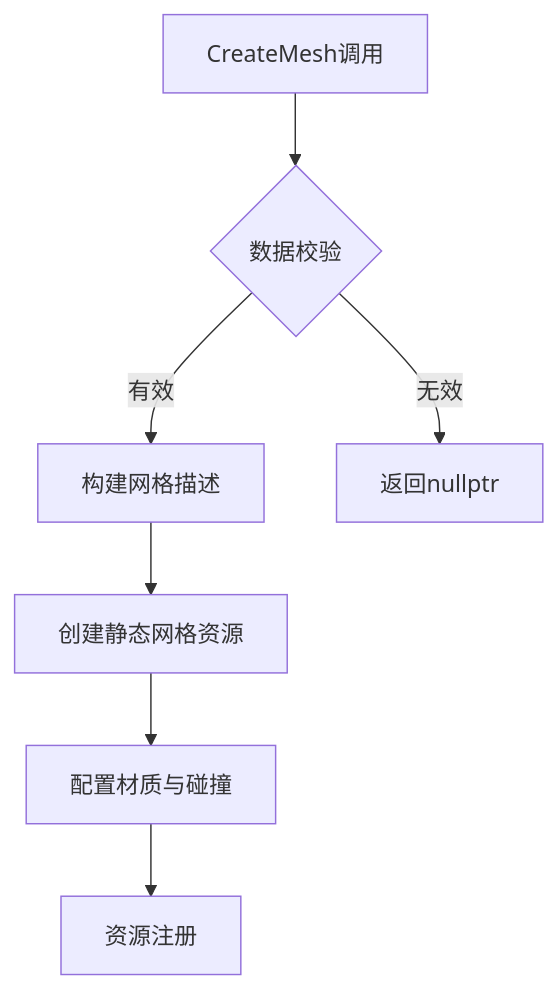
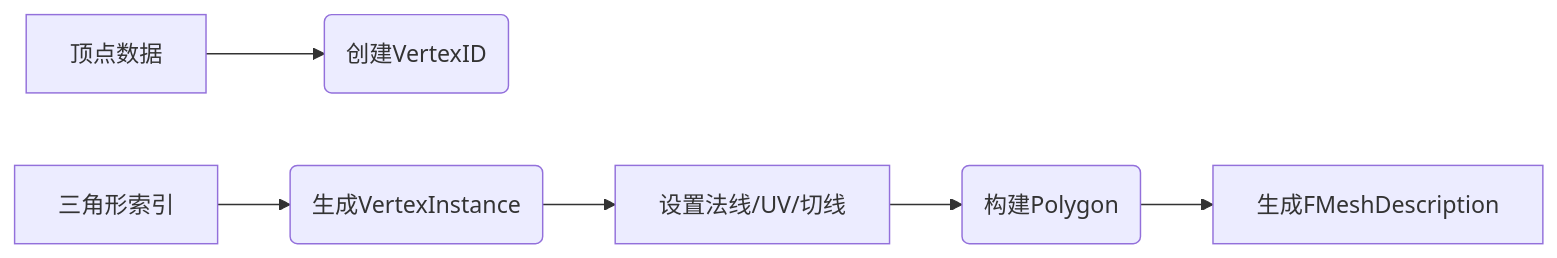
The diagram in docs/modules/BlueprintLibary.md (OpenHUTB/carla_doc), drawn with Mermaid before and after one commit. The commit also changed other lines of this file, not shown here.

````diff
--- a/docs/modules/BlueprintLibary.md
+++ b/docs/modules/BlueprintLibary.md
@@ -154,9 +122,8 @@
-```mermaid  
-graph TD  
-    A[CreateMesh调用] --> B{数据校验}  
-    B -->|有效| C[构建网格描述]  
-    B -->|无效| D[返回nullptr]  
-    C --> E[创建静态网格资源]  
-    E --> F[配置材质与碰撞]  
-    F --> G[资源注册]  
-```
+   ```mermaid
+   graph LR
+     A[顶点数据] --> B(创建VertexID)
+     C[三角形索引] --> D(生成VertexInstance)
+     D --> E[设置法线/UV/切线]
+     E --> F(构建Polygon)
+     F --> G[生成FMeshDescription]
+   ```
````
